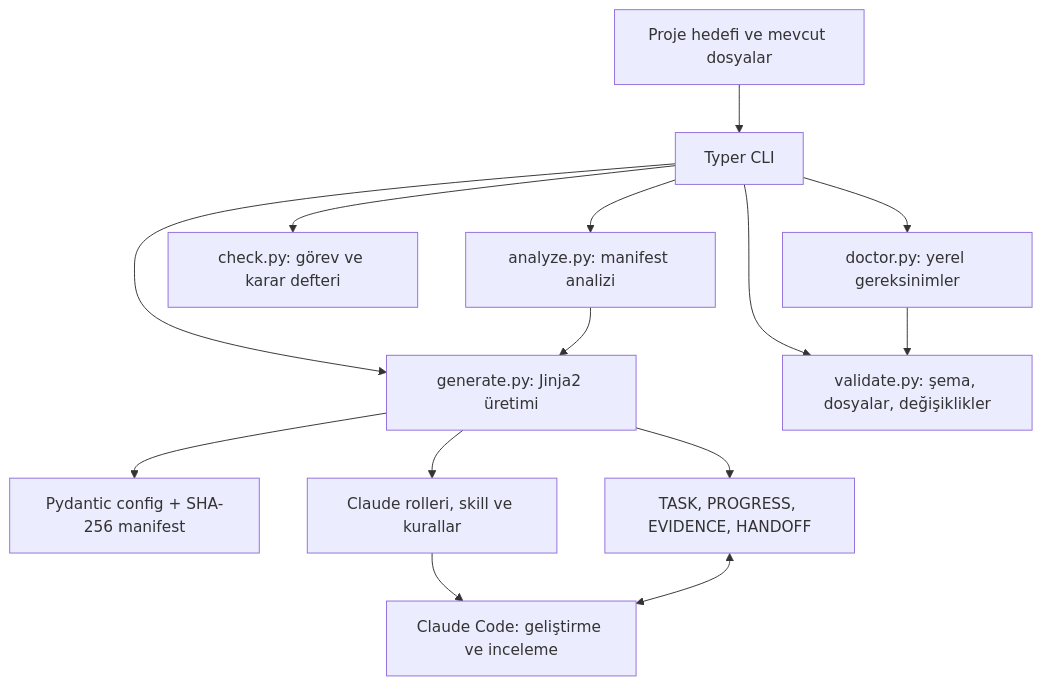
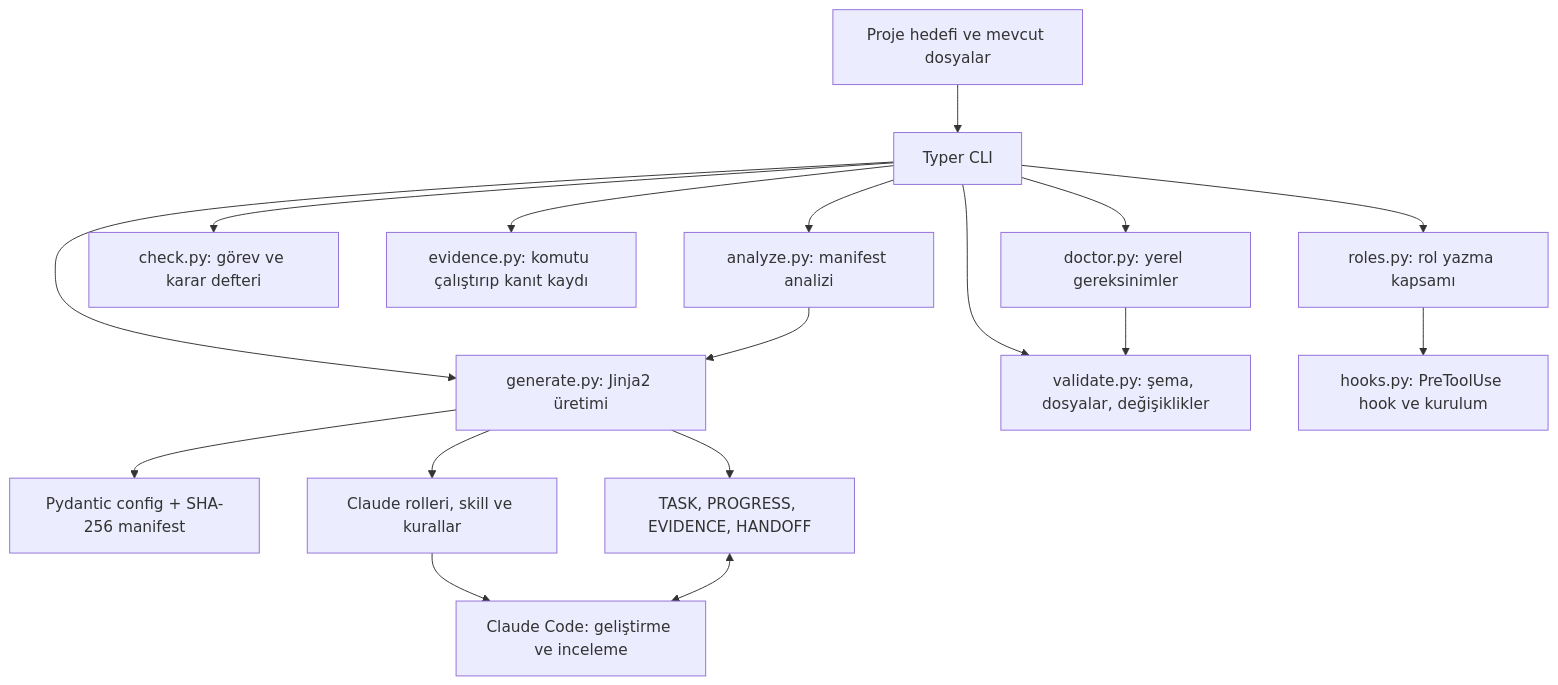
The diagram in docs/ARCHITECTURE.md (hakanngul/AgentHarnessStaterKit), drawn with Mermaid before and after one commit. The commit also changed other lines of this file and 12 other files, not shown here.

First line of the commit message:
Add PreToolUse hook and hook install (T-4)

````diff
--- a/docs/ARCHITECTURE.md
+++ b/docs/ARCHITECTURE.md
@@ -3,16 +3,19 @@
 ```mermaid
 flowchart TD
   User[Proje hedefi ve mevcut dosyalar] --> CLI[Typer CLI]
   CLI --> Analyze[analyze.py: manifest analizi]
   CLI --> Generate[generate.py: Jinja2 üretimi]
   Analyze --> Generate
   Generate --> Config[Pydantic config + SHA-256 manifest]
   Generate --> Roles[Claude rolleri, skill ve kurallar]
   Generate --> Memory[TASK, PROGRESS, EVIDENCE, HANDOFF]
   CLI --> Validate[validate.py: şema, dosyalar, değişiklikler]
   CLI --> Check[check.py: görev ve karar defteri]
+  CLI --> Evidence[evidence.py: komutu çalıştırıp kanıt kaydı]
+  CLI --> RoleScope[roles.py: rol yazma kapsamı]
+  RoleScope --> Hooks[hooks.py: PreToolUse hook ve kurulum]
   CLI --> Doctor[doctor.py: yerel gereksinimler]
   Doctor --> Validate
   Roles --> Runtime[Claude Code: geliştirme ve inceleme]
   Memory <--> Runtime
 ```
````
